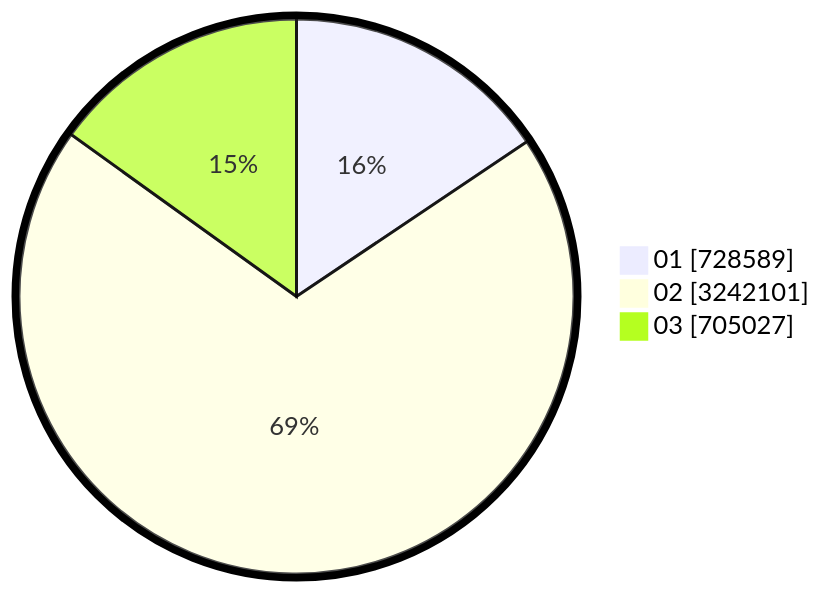
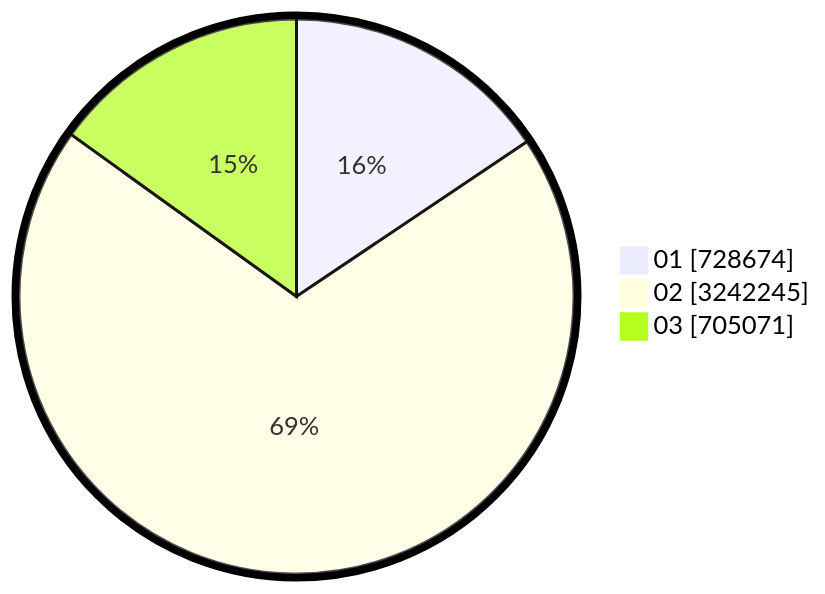
One commit to gigit-pemilu/pemilu-2024 changed the second of 2 diagrams in pilpres/hitung-suara/sub/table-wilayah-18.md. Above: the diagram before and after it, drawn with Mermaid. The commit also changed other lines of this file and 6 other files, not shown here.

````diff
--- a/pilpres/hitung-suara/sub/table-wilayah-18.md
+++ b/pilpres/hitung-suara/sub/table-wilayah-18.md
@@ -15,7 +15,7 @@
 ```mermaid
 %%{init: {"pie": {"textPosition": 0.5}, "themeVariables": {"pieOuterStrokeWidth": "5px"}} }%%
 pie showData
-    "01" : 728589
-    "02" : 3242101
-    "03" : 705027
+    "01" : 728674
+    "02" : 3242245
+    "03" : 705071
 ```
````
